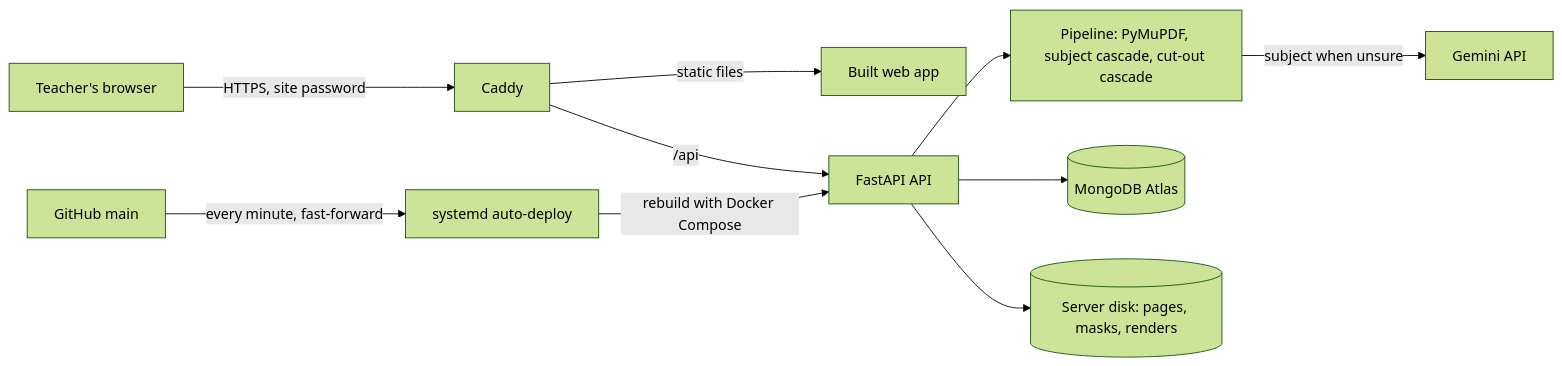
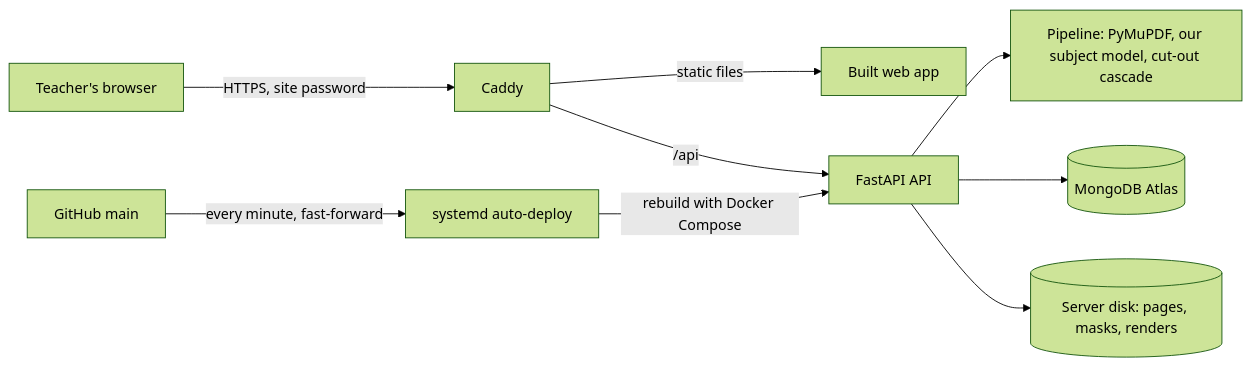
One commit to bryanmsh/hackumassXIV changed the second of 2 diagrams in README.md. Above: the diagram before and after it, drawn with Mermaid (forest theme). The commit also changed other lines of this file and 7 other files, not shown here.

Commit message:
Docs: subject choosing runs on our own model, no outside AI service

````diff
--- a/README.md
+++ b/README.md
@@ -224,12 +228,11 @@
 ```mermaid
 flowchart LR
     U[Teacher's browser] -->|HTTPS, site password| C[Caddy]
     C -->|static files| W[Built web app]
     C -->|/api| A[FastAPI API]
-    A --> P[Pipeline: PyMuPDF, subject cascade, cut-out cascade]
-    P -->|subject when unsure| G[Gemini API]
+    A --> P[Pipeline: PyMuPDF, our subject model, cut-out cascade]
     A --> M[(MongoDB Atlas)]
     A --> D[(Server disk: pages, masks, renders)]
     GH[GitHub main] -->|every minute, fast-forward| S[systemd auto-deploy]
     S -->|rebuild with Docker Compose| A
 ```
````
